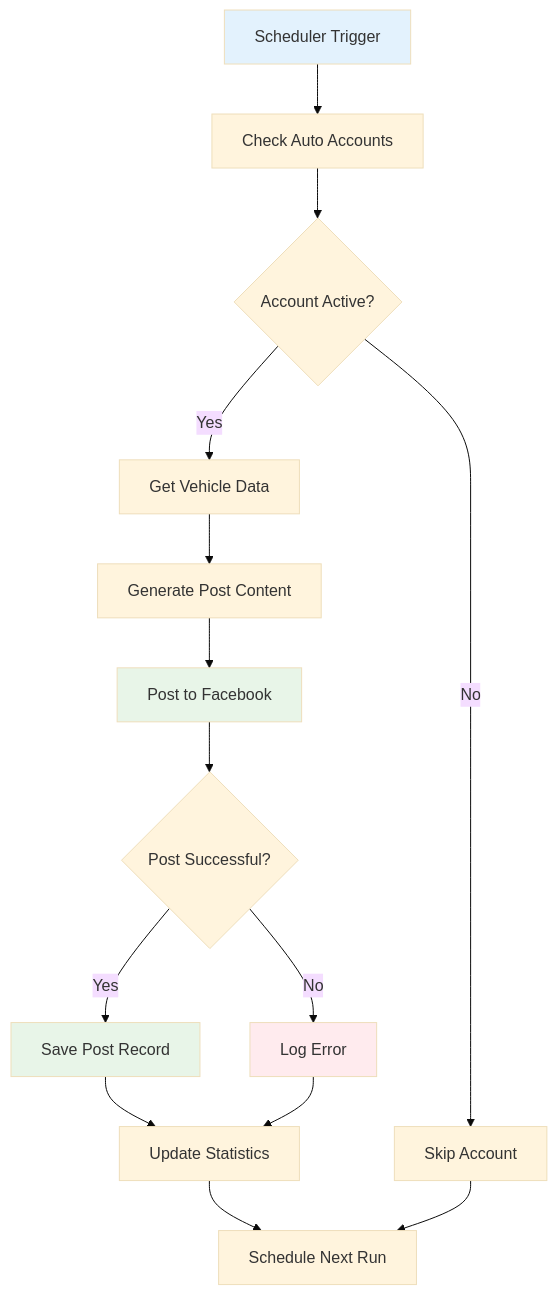
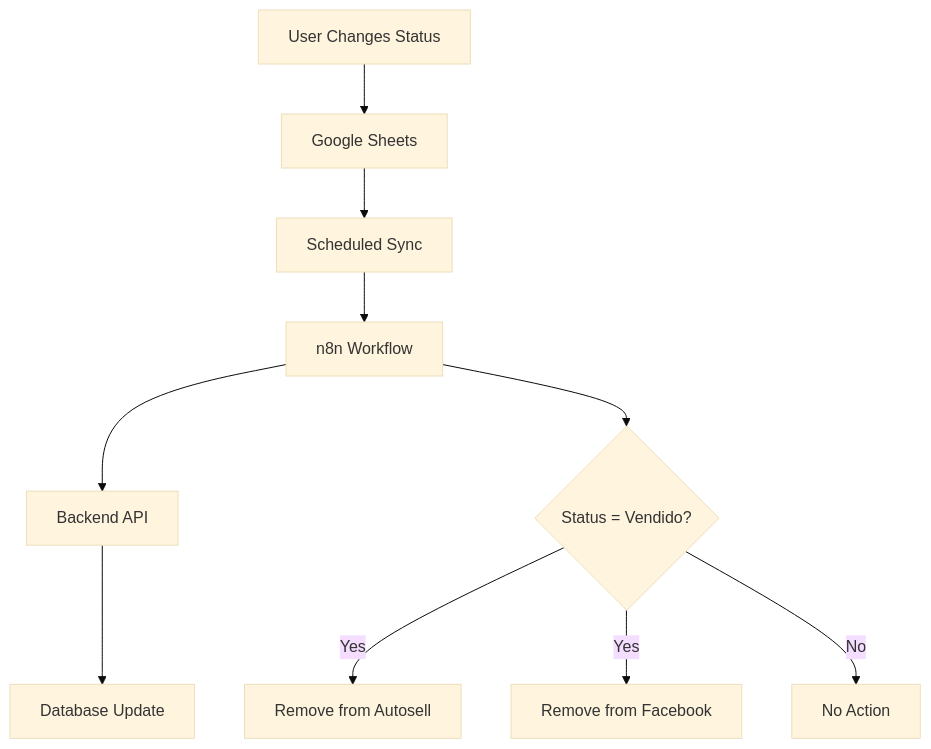
Before and after one commit to mg22mex/finalproject-mg: the fifth of 11 diagrams in prompts-mg.md, drawn with Mermaid (base theme). The commit also changed other lines of this file and 61386 other files, not shown here.

````diff
--- a/prompts-mg.md
+++ b/prompts-mg.md
@@ -745,23 +636,12 @@
 ```mermaid
 graph TD
-    A[Scheduler Trigger] --> B[Check Auto Accounts]
-    B --> C{Account Active?}
-    C -->|Yes| D[Get Vehicle Data]
-    C -->|No| E[Skip Account]
-    
-    D --> F[Generate Post Content]
-    F --> G[Post to Facebook]
-    G --> H{Post Successful?}
-    H -->|Yes| I[Save Post Record]
-    H -->|No| J[Log Error]
-    
-    I --> K[Update Statistics]
-    J --> K
-    K --> L[Schedule Next Run]
-    E --> L
-    
-    style A fill:#e3f2fd
-    style G fill:#e8f5e8
-    style I fill:#e8f5e8
-    style J fill:#ffebee
+    A[User Changes Status] --> B[Google Sheets]
+    B --> C[Scheduled Sync]
+    C --> D[n8n Workflow]
+    D --> E[Backend API]
+    E --> F[Database Update]
+    D --> G{Status = Vendido?}
+    G -->|Yes| H[Remove from Autosell]
+    G -->|Yes| I[Remove from Facebook]
+    G -->|No| J[No Action]
 ```
````
